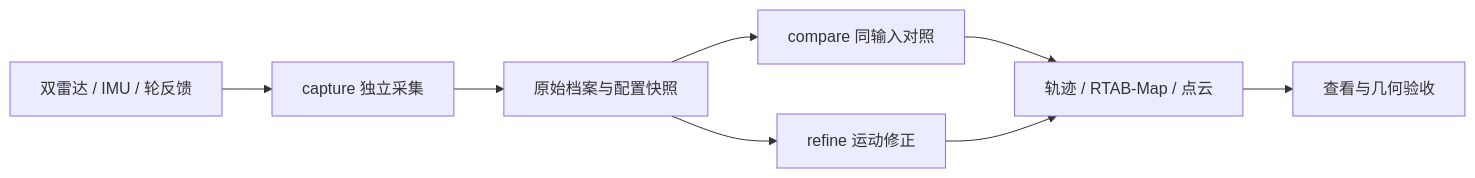
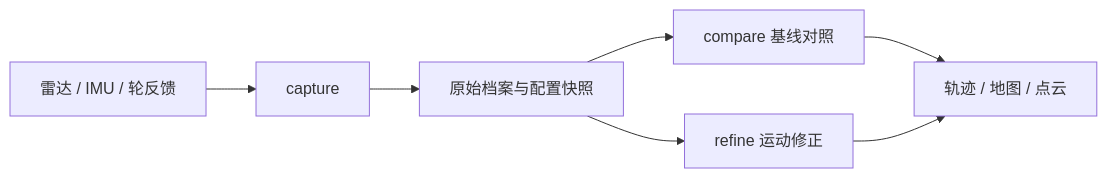
One commit to owenkings/smartwheel changed the diagram in README.md. Above: the diagram before and after it, drawn with Mermaid. The commit also changed other lines of this file and 94 other files, not shown here.

````diff
--- a/README.md
+++ b/README.md
@@ -27,10 +27,9 @@
 ```mermaid
 flowchart LR
-    Sensors[双雷达 / IMU / 轮反馈] --> Capture[capture 独立采集]
+    Sensors[雷达 / IMU / 轮反馈] --> Capture[capture]
     Capture --> Archive[原始档案与配置快照]
-    Archive --> Compare[compare 同输入对照]
+    Archive --> Compare[compare 基线对照]
     Archive --> Refine[refine 运动修正]
-    Compare --> Maps[轨迹 / RTAB-Map / 点云]
+    Compare --> Maps[轨迹 / 地图 / 点云]
     Refine --> Maps
-    Maps --> Review[查看与几何验收]
 ```
````
